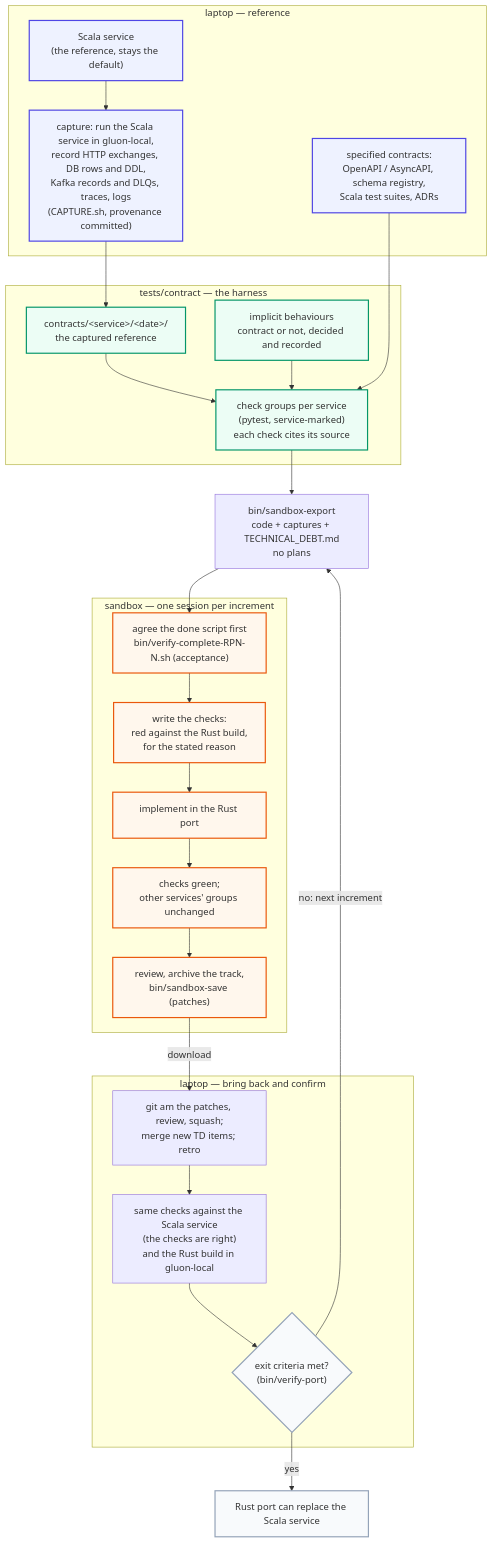
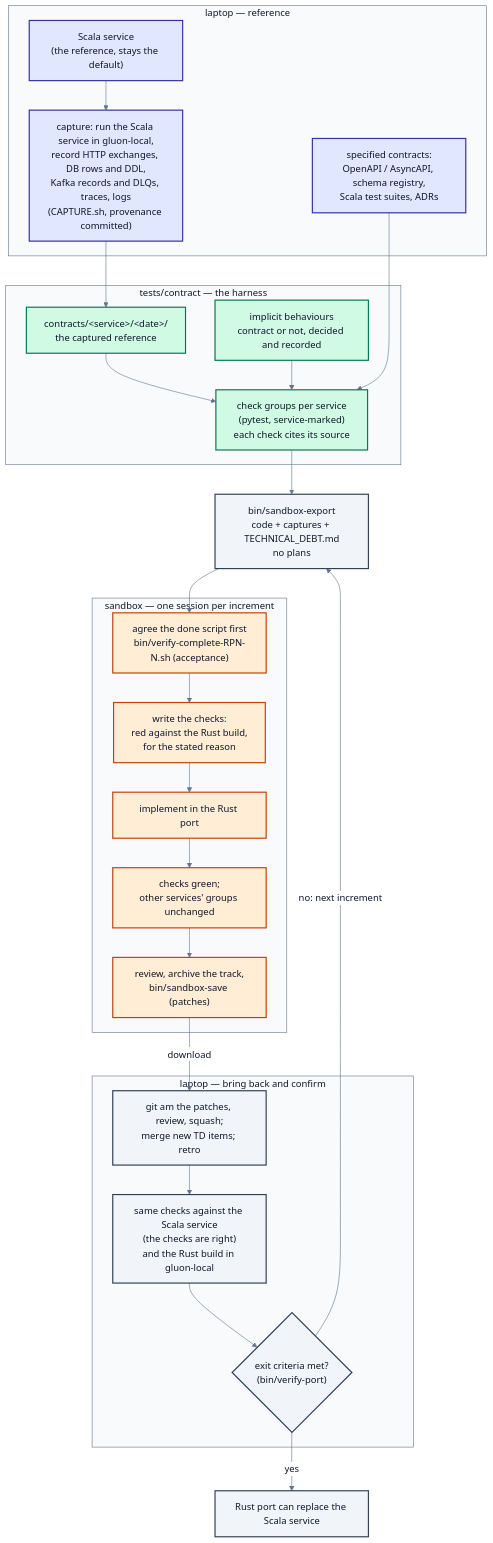
One commit to beckfordp/gluon changed the diagram in docs/diagrams/contract-porting-workflow.mmd. Above: the diagram before and after it, drawn with Mermaid. The commit also changed 2 other files, not shown here.

Commit message:
docs(diagrams): contract porting SVG, readable in dark mode

```diff
--- a/docs/diagrams/contract-porting-workflow.mmd
+++ b/docs/diagrams/contract-porting-workflow.mmd
@@ -1,52 +1,54 @@
+%%{init: {"theme": "base", "themeVariables": {"fontSize": "16px", "primaryTextColor": "#0f172a", "textColor": "#0f172a", "lineColor": "#64748b", "clusterBkg": "#f8fafc", "clusterBorder": "#64748b", "titleColor": "#0f172a", "edgeLabelBackground": "#ffffff", "mainBkg": "#f1f5f9", "nodeBorder": "#334155"}}}%%
 flowchart TB
     subgraph LAPTOP1["laptop — reference"]
         SCALA["Scala service<br/>(the reference, stays the default)"]
         CAP["capture: run the Scala service in gluon-local,<br/>record HTTP exchanges, DB rows and DDL,<br/>Kafka records and DLQs, traces, logs<br/>(CAPTURE.sh, provenance committed)"]
         SPEC["specified contracts:<br/>OpenAPI / AsyncAPI, schema registry,<br/>Scala test suites, ADRs"]
         SCALA --> CAP
     end
 
     subgraph HARNESS["tests/contract — the harness"]
         CONTRACTS["contracts/#lt;service#gt;/#lt;date#gt;/<br/>the captured reference"]
         CHECKS["check groups per service<br/>(pytest, service-marked)<br/>each check cites its source"]
         IMPLICIT["implicit behaviours<br/>contract or not, decided and recorded"]
         CONTRACTS --> CHECKS
         IMPLICIT --> CHECKS
     end
 
     CAP --> CONTRACTS
     SPEC --> CHECKS
 
     EXPORT["bin/sandbox-export<br/>code + captures + TECHNICAL_DEBT.md<br/>no plans"]
     CHECKS --> EXPORT
 
     subgraph SANDBOX["sandbox — one session per increment"]
         ACC["agree the done script first<br/>bin/verify-complete-RPN-N.sh (acceptance)"]
         RED["write the checks:<br/>red against the Rust build,<br/>for the stated reason"]
         IMPL["implement in the Rust port"]
         GREEN["checks green;<br/>other services' groups unchanged"]
         REVIEW["review, archive the track,<br/>bin/sandbox-save (patches)"]
         ACC --> RED --> IMPL --> GREEN --> REVIEW
     end
 
     EXPORT --> ACC
 
     subgraph LAPTOP2["laptop — bring back and confirm"]
         AM["git am the patches, review, squash;<br/>merge new TD items; retro"]
         CONFIRM["same checks against the Scala service<br/>(the checks are right)<br/>and the Rust build in gluon-local"]
         EXIT{"exit criteria met?<br/>(bin/verify-port)"}
         AM --> CONFIRM --> EXIT
     end
 
     REVIEW -->|"download"| AM
     EXIT -->|"no: next increment"| EXPORT
     EXIT -->|"yes"| SWAP["Rust port can replace the Scala service"]
 
-    classDef ref fill:#eef2ff,stroke:#4f46e5,stroke-width:2px
-    classDef harness fill:#ecfdf5,stroke:#059669,stroke-width:2px
-    classDef sandbox fill:#fff7ed,stroke:#ea580c,stroke-width:2px
-    classDef decision fill:#f8fafc,stroke:#94a3b8,stroke-width:2px
+    classDef default fill:#f1f5f9,stroke:#334155,stroke-width:2px,color:#0f172a
+    classDef ref fill:#e0e7ff,stroke:#3730a3,stroke-width:2px,color:#0f172a
+    classDef harness fill:#d1fae5,stroke:#047857,stroke-width:2px,color:#0f172a
+    classDef sandbox fill:#ffedd5,stroke:#c2410c,stroke-width:2px,color:#0f172a
+    classDef decision fill:#f1f5f9,stroke:#334155,stroke-width:2px,color:#0f172a
     class SCALA,CAP,SPEC ref
     class CONTRACTS,CHECKS,IMPLICIT harness
     class ACC,RED,IMPL,GREEN,REVIEW sandbox
     class EXIT,SWAP decision
```
